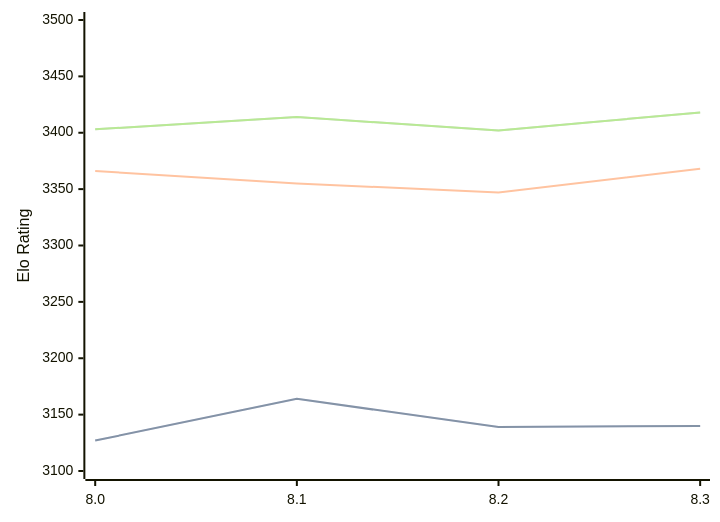
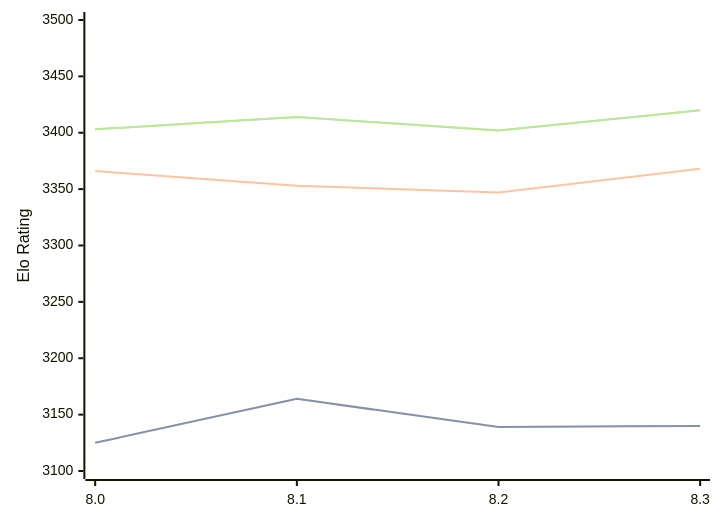
The first of 3 diagrams in engines/Alexander.md (computer-chess-index/cci), drawn with Mermaid before and after one commit. The commit also changed other lines of this file, not shown here.

Commit message:
Update CCI Ratings (ELO VLTC) - 2026-06-26

````diff
--- a/engines/Alexander.md
+++ b/engines/Alexander.md
@@ -48,11 +48,11 @@
 ```mermaid
 %%{init: {"theme":"base","themeVariables":{"seriesColors:['#a3a3a3','#222221','#faa371']}}}%%
 xychart-beta
   x-axis ["8.0", "8.1", "8.2", "8.3"]
   y-axis "Elo Rating" 3100 --> 3500
-  line "STC (8.0+0.08s)" [3127, 3164, 3139, 3140]
-  line "STC (8.0+0.08s)" [3127, 3164, 3139, 3140]
-  line "LTC (60.0+0.60s)" [3366, 3355, 3347, 3368]
-  line "VLTC (2m24s+1.12s)" [3403, 3414, 3402, 3418]
-  line "VLTC (2m24s+1.12s)" [3403, 3414, 3402, 3418]
+  line "STC (8.0+0.08s)" [3125, 3164, 3139, 3140]
+  line "STC (8.0+0.08s)" [3125, 3164, 3139, 3140]
+  line "LTC (60.0+0.60s)" [3366, 3353, 3347, 3368]
+  line "VLTC (2m24s+1.12s)" [3403, 3414, 3402, 3420]
+  line "VLTC (2m24s+1.12s)" [3403, 3414, 3402, 3420]
 ```
````
